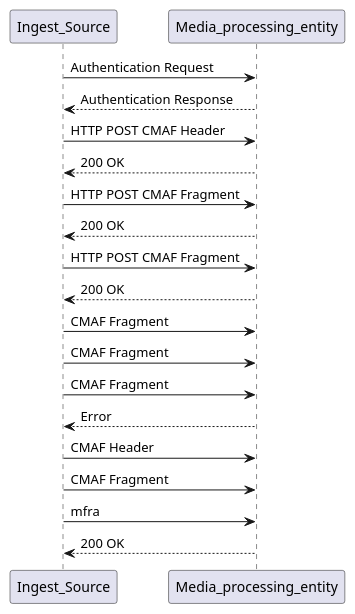
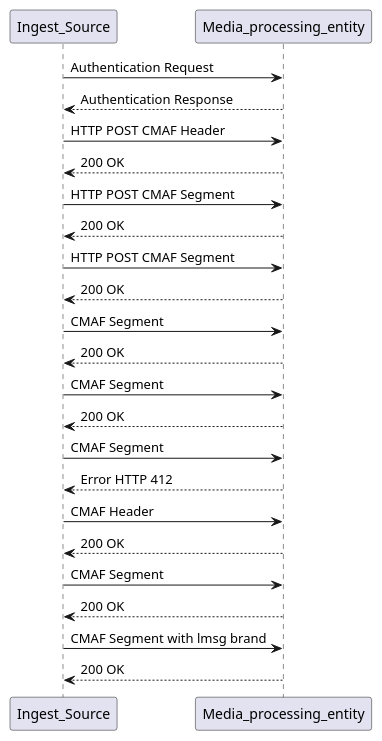
One commit to Dash-Industry-Forum/Ingest changed the diagram in Diagrams/media-ingest.wsd. Above: the diagram before and after it, drawn with PlantUML.

Commit message:
Update media-ingest.wsd
updated the diagram for the changes

```diff
--- a/Diagrams/media-ingest.wsd
+++ b/Diagrams/media-ingest.wsd
@@ -1,23 +1,26 @@
 @startuml
 Ingest_Source -> Media_processing_entity: Authentication Request
 Media_processing_entity --> Ingest_Source: Authentication Response
 
 Ingest_Source -> Media_processing_entity: HTTP POST CMAF Header
 Media_processing_entity --> Ingest_Source: 200 OK
 
-Ingest_Source -> Media_processing_entity: HTTP POST CMAF Fragment
+Ingest_Source -> Media_processing_entity: HTTP POST CMAF Segment
 Media_processing_entity --> Ingest_Source: 200 OK 
 
-Ingest_Source -> Media_processing_entity: HTTP POST CMAF Fragment
+Ingest_Source -> Media_processing_entity: HTTP POST CMAF Segment
 Media_processing_entity --> Ingest_Source: 200 OK
 
-Ingest_Source -> Media_processing_entity: CMAF Fragment
-Ingest_Source -> Media_processing_entity: CMAF Fragment
-Ingest_Source -> Media_processing_entity: CMAF Fragment
-
-Media_processing_entity --> Ingest_Source: Error
+Ingest_Source -> Media_processing_entity: CMAF Segment
+Media_processing_entity --> Ingest_Source: 200 OK
+Ingest_Source -> Media_processing_entity: CMAF Segment
+Media_processing_entity --> Ingest_Source: 200 OK
+Ingest_Source -> Media_processing_entity: CMAF Segment
+Media_processing_entity --> Ingest_Source: Error HTTP 412
 Ingest_Source -> Media_processing_entity: CMAF Header
-Ingest_Source -> Media_processing_entity: CMAF Fragment
-Ingest_Source -> Media_processing_entity: mfra
+Media_processing_entity --> Ingest_Source: 200 OK
+Ingest_Source -> Media_processing_entity: CMAF Segment
+Media_processing_entity --> Ingest_Source: 200 OK
+Ingest_Source -> Media_processing_entity: CMAF Segment with lmsg brand
 Media_processing_entity --> Ingest_Source: 200 OK
 @enduml
```
